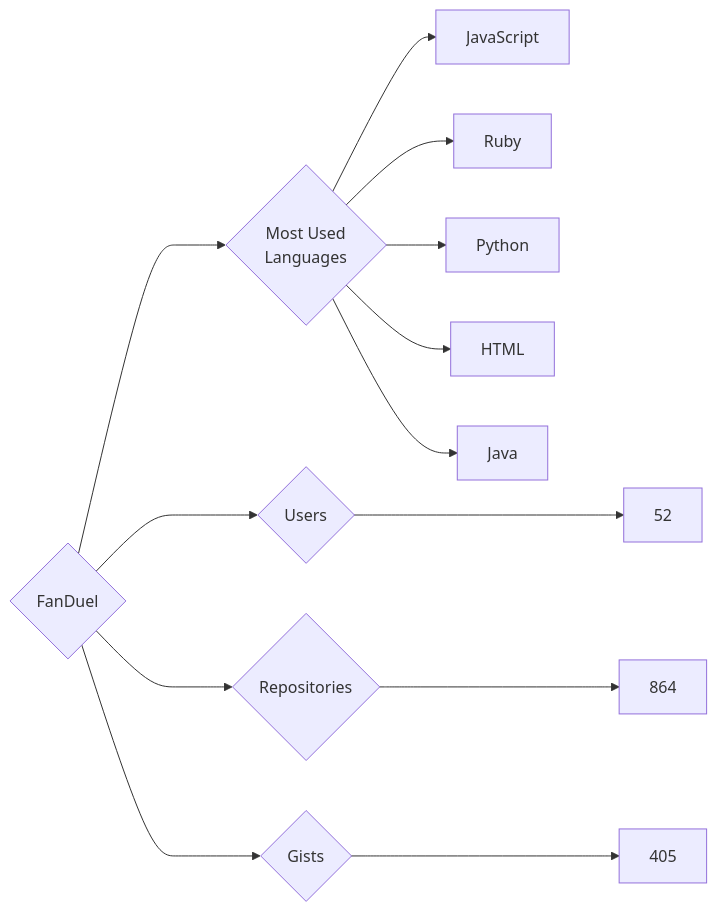
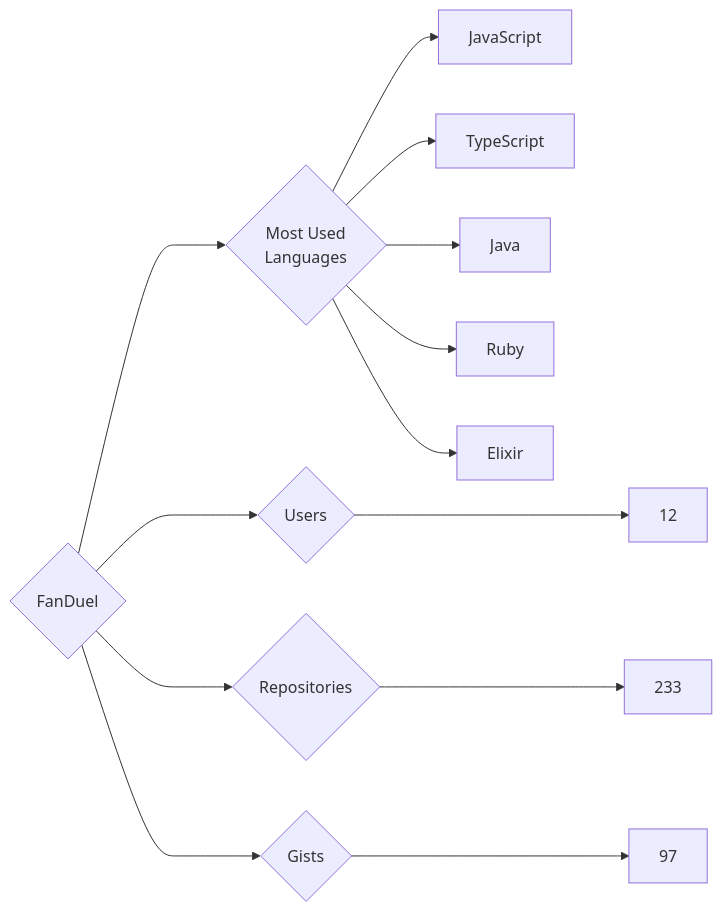
One commit to trickest/insiders changed the diagram in targets/FanDuel/README.md. Above: the diagram before and after it, drawn with Mermaid. The commit also changed 814 other files, not shown here.

````diff
--- a/targets/FanDuel/README.md
+++ b/targets/FanDuel/README.md
@@ -3,13 +3,13 @@
 ```mermaid
 graph LR
 COMPANY_NAME{FanDuel}
-COMPANY_NAME ---> U{Users} ---> UN[52]
-COMPANY_NAME ---> R{Repositories} ---> RN[864]
-COMPANY_NAME ---> G{Gists} ---> GN[405]
+COMPANY_NAME ---> U{Users} ---> UN[12]
+COMPANY_NAME ---> R{Repositories} ---> RN[233]
+COMPANY_NAME ---> G{Gists} ---> GN[97]
 COMPANY_NAME ---> ML{Most Used<br>Languages}
 ML --> JavaScript[JavaScript]
+ML --> TypeScript[TypeScript]
+ML --> Java[Java]
 ML --> Ruby[Ruby]
-ML --> Python[Python]
-ML --> HTML[HTML]
-ML --> Java[Java]
+ML --> Elixir[Elixir]
 ```
````
